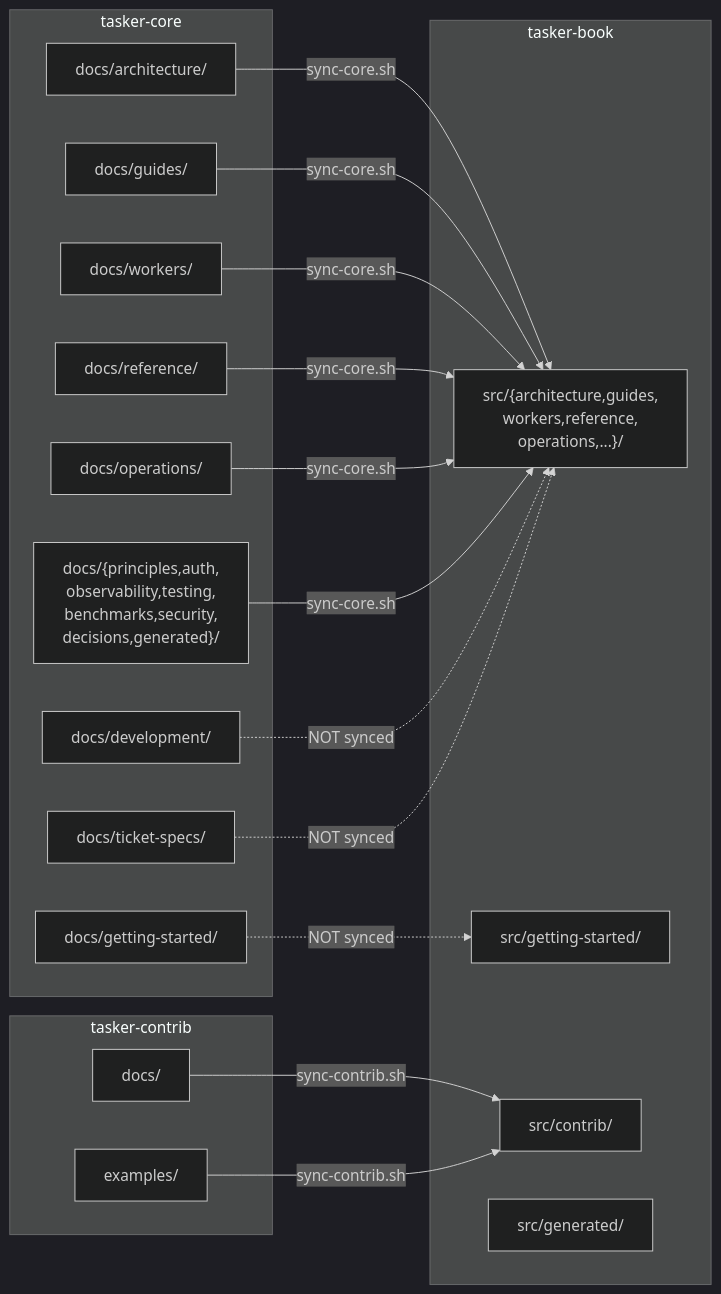
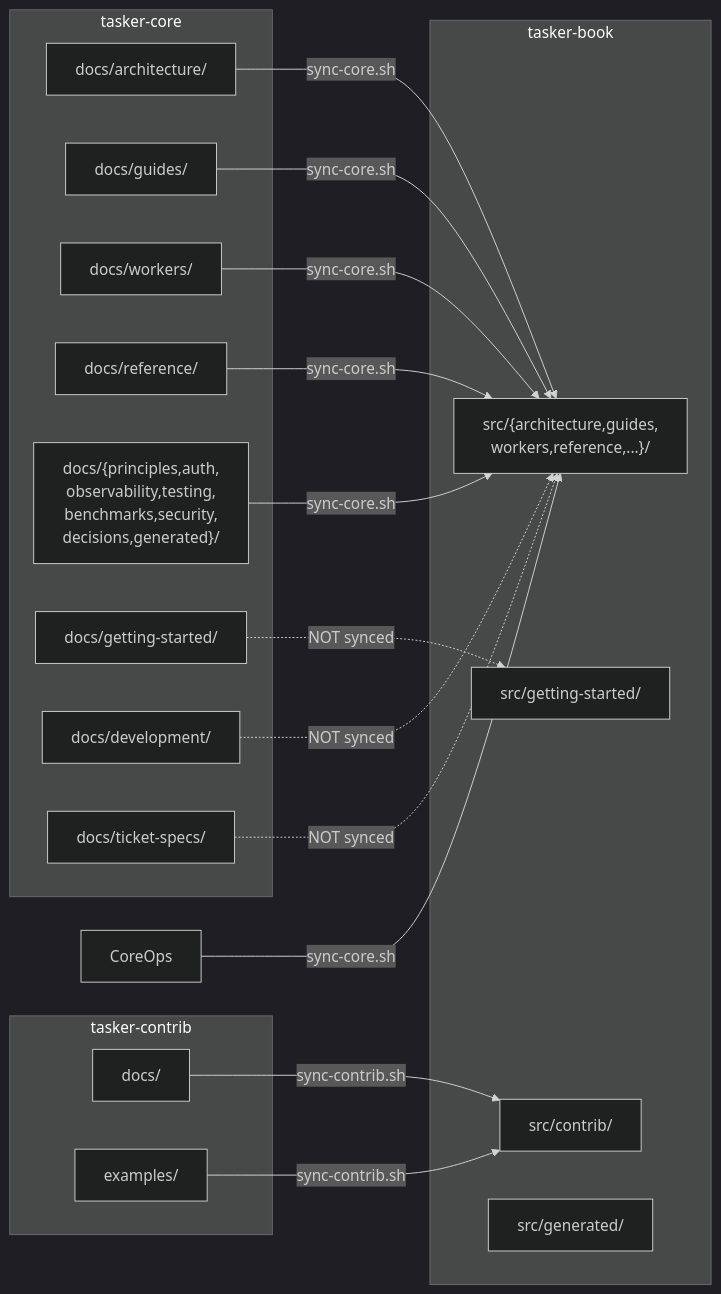
Before and after one commit to tasker-systems/book: the diagram in DOCUMENTATION-ARCHITECTURE.md, drawn with Mermaid (dark theme). The commit also changed other lines of this file and 28 other files, not shown here.

First line of the commit message:
docs(book): sync from core, remove operations section, fix all broken links

````diff
--- a/DOCUMENTATION-ARCHITECTURE.md
+++ b/DOCUMENTATION-ARCHITECTURE.md
@@ -55,40 +54,39 @@
 ```mermaid
 graph LR
     subgraph "tasker-core"
         CoreArch["docs/architecture/"]
         CoreGuides["docs/guides/"]
         CoreWorkers["docs/workers/"]
         CoreRef["docs/reference/"]
-        CoreOps["docs/operations/"]
         CoreOther["docs/{principles,auth,\nobservability,testing,\nbenchmarks,security,\ndecisions,generated}/"]
         CoreGS["docs/getting-started/"]
         CoreDev["docs/development/"]
         CoreTickets["docs/ticket-specs/"]
     end
 
     subgraph "tasker-contrib"
         ContribDocs["docs/"]
         ContribExamples["examples/"]
     end
 
     subgraph "tasker-book"
-        BookSynced["src/{architecture,guides,\nworkers,reference,\noperations,...}/"]
+        BookSynced["src/{architecture,guides,\nworkers,reference,...}/"]
         BookGS["src/getting-started/"]
         BookContrib["src/contrib/"]
         BookGenerated["src/generated/"]
     end
 
     CoreArch -->|"sync-core.sh"| BookSynced
     CoreGuides -->|"sync-core.sh"| BookSynced
     CoreWorkers -->|"sync-core.sh"| BookSynced
     CoreRef -->|"sync-core.sh"| BookSynced
     CoreOps -->|"sync-core.sh"| BookSynced
     CoreOther -->|"sync-core.sh"| BookSynced
 
     ContribDocs -->|"sync-contrib.sh"| BookContrib
     ContribExamples -->|"sync-contrib.sh"| BookContrib
 
     CoreGS -.->|"NOT synced"| BookGS
     CoreDev -.->|"NOT synced"| BookSynced
     CoreTickets -.->|"NOT synced"| BookSynced
 ```
````
